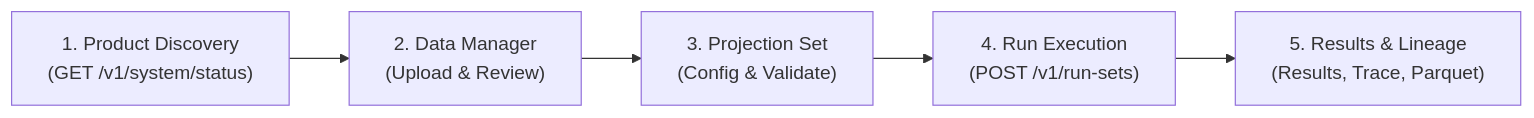
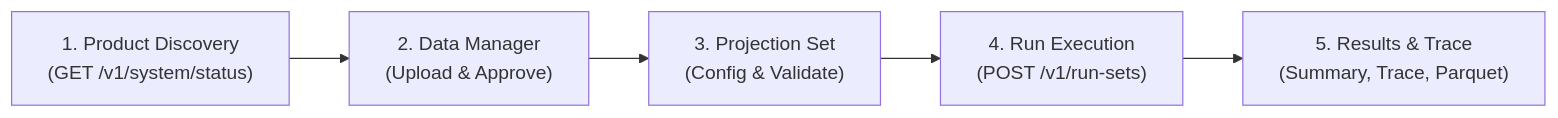
One commit to BemaISLTD/mentor-amp-backend changed the diagram in FRONTEND_MYGA_INTEGRATION_README.md. Above: the diagram before and after it, drawn with Mermaid. The commit also changed other lines of this file and 1 other file, not shown here.

````diff
--- a/FRONTEND_MYGA_INTEGRATION_README.md
+++ b/FRONTEND_MYGA_INTEGRATION_README.md
@@ -11,7 +18,7 @@
 ```mermaid
 flowchart LR
-    A["1. Product Discovery<br/>(GET /v1/system/status)"] --> B["2. Data Manager<br/>(Upload & Review)"]
+    A["1. Product Discovery<br/>(GET /v1/system/status)"] --> B["2. Data Manager<br/>(Upload & Approve)"]
     B --> C["3. Projection Set<br/>(Config & Validate)"]
     C --> D["4. Run Execution<br/>(POST /v1/run-sets)"]
-    D --> E["5. Results & Lineage<br/>(Results, Trace, Parquet)"]
+    D --> E["5. Results & Trace<br/>(Summary, Trace, Parquet)"]
 ```
````
